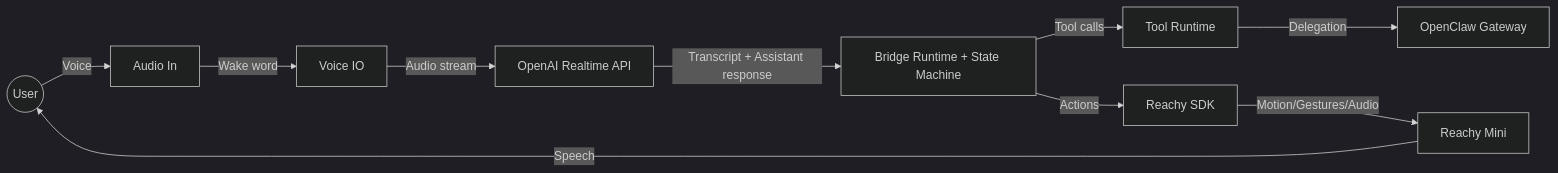
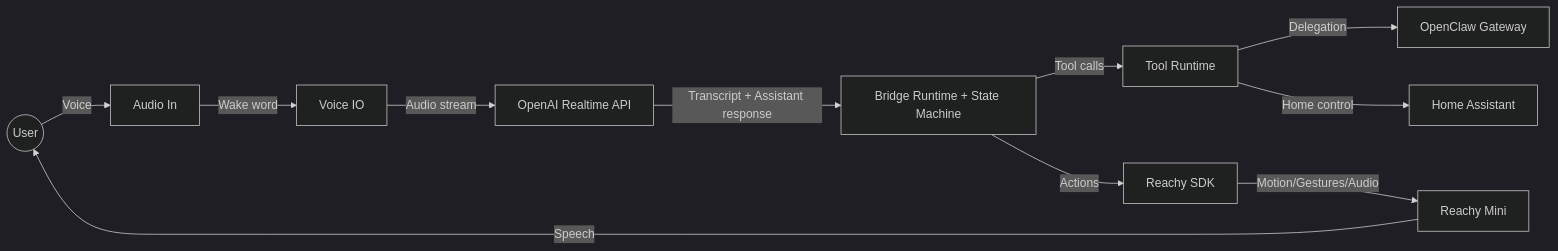
One commit to rafaheringer/dobby-the-claw changed the diagram in README.md. Above: the diagram before and after it, drawn with Mermaid (dark theme). The commit also changed other lines of this file and 12 other files, not shown here.

Commit message:
Add Home Assistant integration: implement discovery and control tools, update configuration, and enhance documentation

````diff
--- a/README.md
+++ b/README.md
@@ -17,12 +18,13 @@
 ```mermaid
 flowchart LR
     user((User)) -->|Voice| mic[Audio In]
     mic -->|Wake word| voice[Voice IO]
     voice -->|Audio stream| rt[OpenAI Realtime API]
     rt -->|Transcript + Assistant response| bridge[Bridge Runtime + State Machine]
     bridge -->|Tool calls| tools[Tool Runtime]
     tools -->|Delegation| oc[OpenClaw Gateway]
+    tools -->|Home control| ha[Home Assistant]
     bridge -->|Actions| reachy[Reachy SDK]
     reachy -->|Motion/Gestures/Audio| hw[Reachy Mini]
     hw -->|Speech| user
 ```
````
